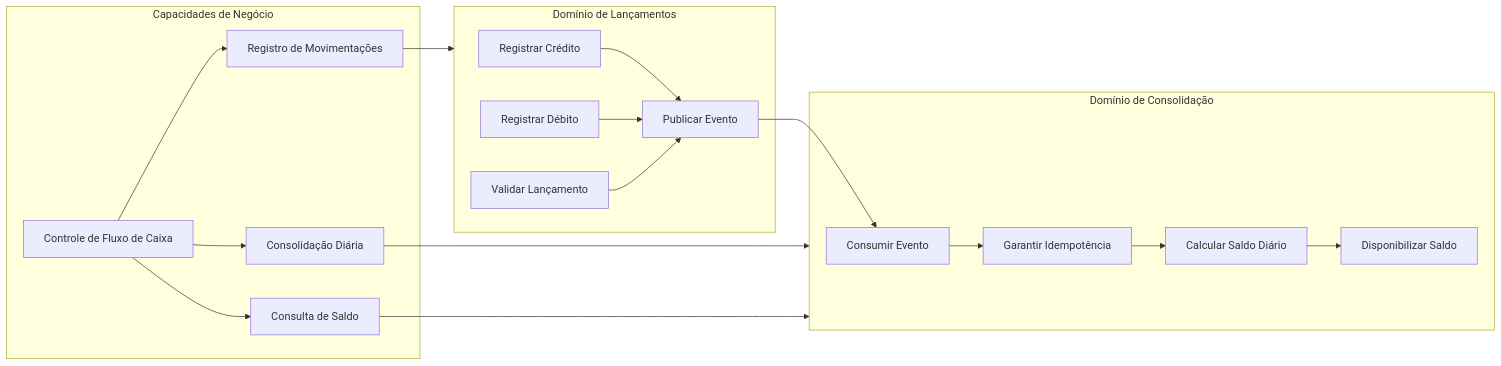
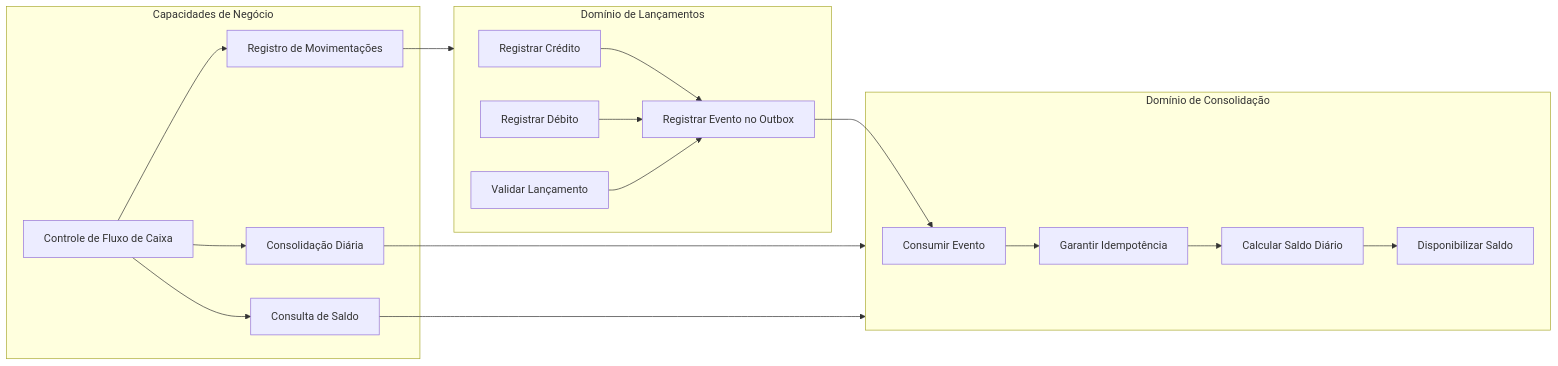
Before and after one commit to evosoftwares/cashflow-challenge-Gabriel: the fifth of 7 diagrams in docs/architecture.md, drawn with Mermaid. The commit also changed other lines of this file and 28 other files, not shown here.

````diff
--- a/docs/architecture.md
+++ b/docs/architecture.md
@@ -140,34 +153,34 @@
 ```mermaid
 flowchart LR
     subgraph BUSINESS[Capacidades de Negócio]
         CF[Controle de Fluxo de Caixa]
         REG[Registro de Movimentações]
         CONS[Consolidação Diária]
         QUERY[Consulta de Saldo]
     end
     subgraph DOMAIN1[Domínio de Lançamentos]
         CRED[Registrar Crédito]
         DEB[Registrar Débito]
         VAL[Validar Lançamento]
-        EVT[Publicar Evento]
+        EVT[Registrar Evento no Outbox]
     end
     subgraph DOMAIN2[Domínio de Consolidação]
         CONSUME[Consumir Evento]
         CALC[Calcular Saldo Diário]
         IDEMP[Garantir Idempotência]
         BAL[Disponibilizar Saldo]
     end
     CF --> REG
     CF --> CONS
     CF --> QUERY
     REG --> DOMAIN1
     CONS --> DOMAIN2
     QUERY --> DOMAIN2
     CRED --> EVT
     DEB --> EVT
     VAL --> EVT
     EVT --> CONSUME
     CONSUME --> IDEMP
     IDEMP --> CALC
     CALC --> BAL
 ```
````
